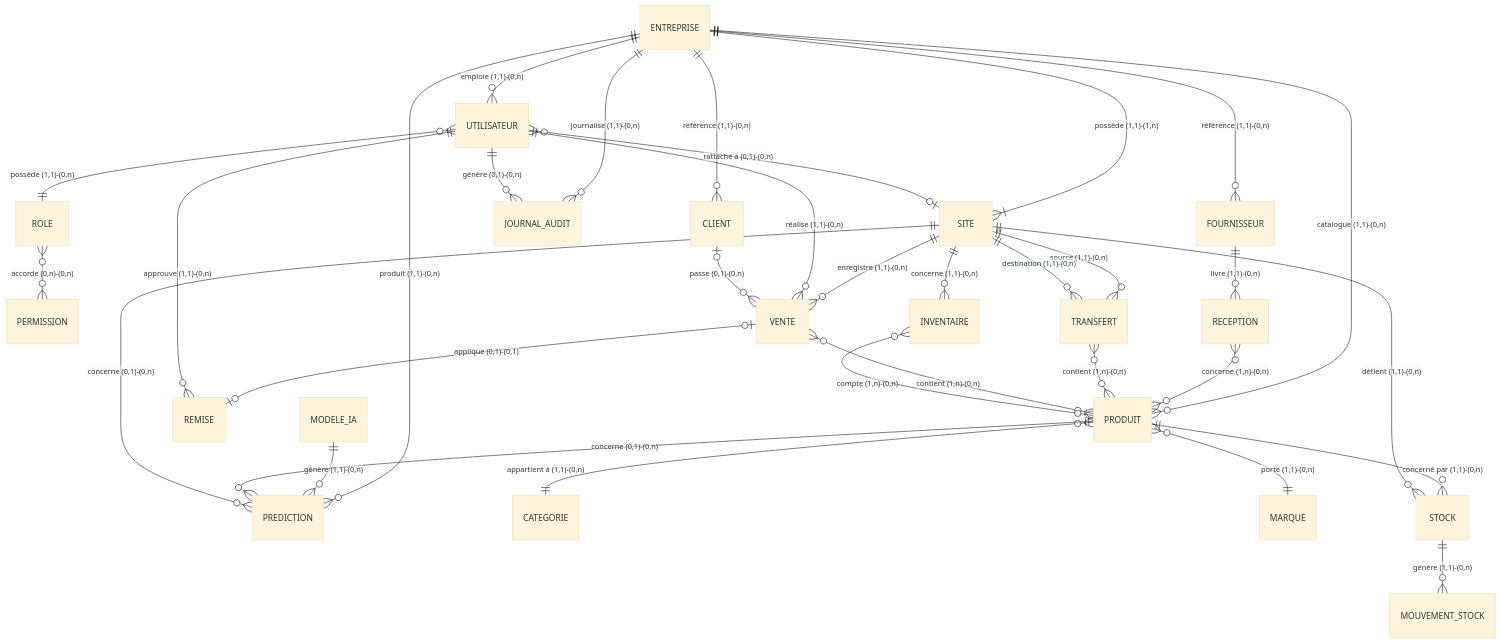
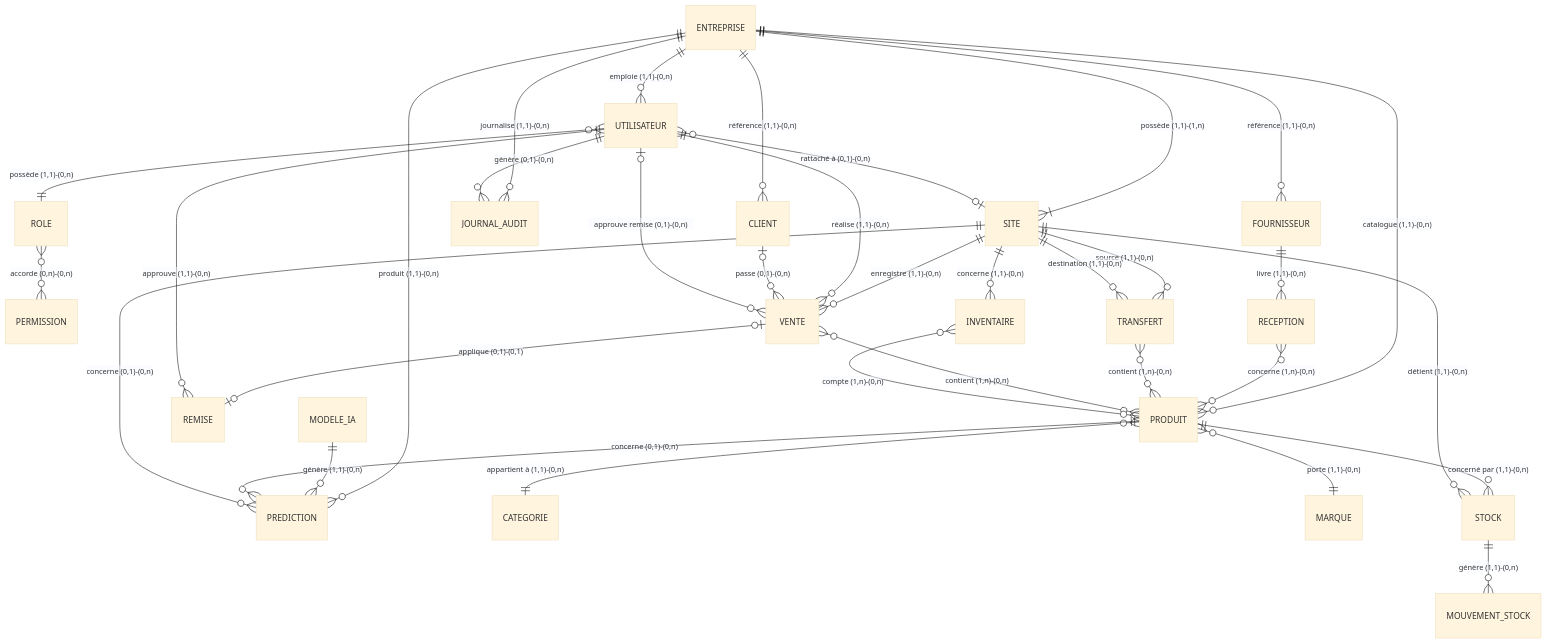
The diagram in docs/12-MCD.md (MannuPy/Gec_com), drawn with Mermaid (base theme) before and after one commit. The commit also changed other lines of this file and 88 other files, not shown here.

````diff
--- a/docs/12-MCD.md
+++ b/docs/12-MCD.md
@@ -30,43 +31,44 @@
 ```mermaid
 erDiagram
     ENTREPRISE ||--|{ SITE : "possède (1,1)-(1,n)"
     ENTREPRISE ||--o{ UTILISATEUR : "emploie (1,1)-(0,n)"
     ENTREPRISE ||--o{ PRODUIT : "catalogue (1,1)-(0,n)"
     ENTREPRISE ||--o{ FOURNISSEUR : "référence (1,1)-(0,n)"
     ENTREPRISE ||--o{ CLIENT : "référence (1,1)-(0,n)"
     ENTREPRISE ||--o{ JOURNAL_AUDIT : "journalise (1,1)-(0,n)"
     ENTREPRISE ||--o{ PREDICTION : "produit (1,1)-(0,n)"
 
     UTILISATEUR }o--|| ROLE : "possède (1,1)-(0,n)"
     ROLE }o--o{ PERMISSION : "accorde (0,n)-(0,n)"
     UTILISATEUR }o--o| SITE : "rattaché à (0,1)-(0,n)"
 
     PRODUIT }o--|| CATEGORIE : "appartient à (1,1)-(0,n)"
     PRODUIT }o--|| MARQUE : "porte (1,1)-(0,n)"
     PRODUIT ||--o{ STOCK : "concerné par (1,1)-(0,n)"
     SITE ||--o{ STOCK : "détient (1,1)-(0,n)"
     STOCK ||--o{ MOUVEMENT_STOCK : "génère (1,1)-(0,n)"
 
     FOURNISSEUR ||--o{ RECEPTION : "livre (1,1)-(0,n)"
     RECEPTION }o--o{ PRODUIT : "concerne (1,n)-(0,n)"
 
     SITE ||--o{ TRANSFERT : "source (1,1)-(0,n)"
     SITE ||--o{ TRANSFERT : "destination (1,1)-(0,n)"
     TRANSFERT }o--o{ PRODUIT : "contient (1,n)-(0,n)"
 
     SITE ||--o{ VENTE : "enregistre (1,1)-(0,n)"
     UTILISATEUR ||--o{ VENTE : "réalise (1,1)-(0,n)"
     CLIENT |o--o{ VENTE : "passe (0,1)-(0,n)"
     VENTE }o--o{ PRODUIT : "contient (1,n)-(0,n)"
     VENTE |o--o| REMISE : "applique (0,1)-(0,1)"
     UTILISATEUR ||--o{ REMISE : "approuve (1,1)-(0,n)"
+    UTILISATEUR |o--o{ VENTE : "approuve remise (0,1)-(0,n)"
 
     SITE ||--o{ INVENTAIRE : "concerne (1,1)-(0,n)"
     INVENTAIRE }o--o{ PRODUIT : "compte (1,n)-(0,n)"
 
     UTILISATEUR ||--o{ JOURNAL_AUDIT : "génère (0,1)-(0,n)"
 
     MODELE_IA ||--o{ PREDICTION : "génère (1,1)-(0,n)"
     PRODUIT ||--o{ PREDICTION : "concerne (0,1)-(0,n)"
     SITE ||--o{ PREDICTION : "concerne (0,1)-(0,n)"
 ```
````
